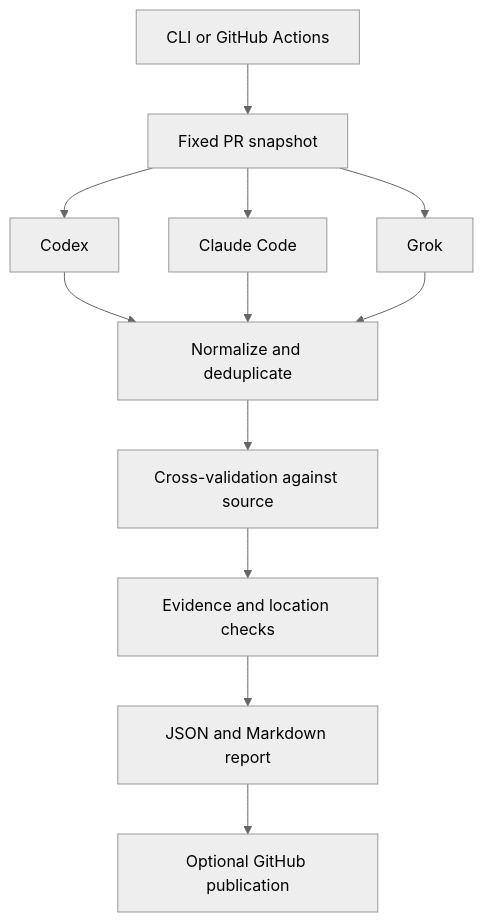
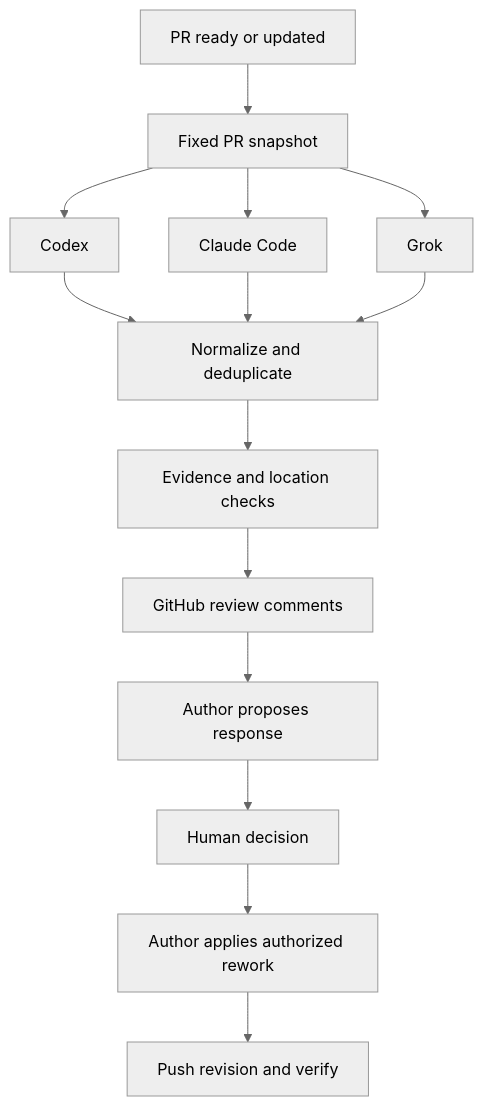
One commit to phootako630/agent-pr-review changed the diagram in README.md. Above: the diagram before and after it, drawn with Mermaid (neutral theme). The commit also changed other lines of this file and 3 other files, not shown here.

Commit message:
docs: define hybrid review workflow with human decision checkpoint

````diff
--- a/README.md
+++ b/README.md
@@ -15,14 +16,16 @@
 ```mermaid
 flowchart TD
-    A[CLI or GitHub Actions] --> B[Fixed PR snapshot]
+    A[PR ready or updated] --> B[Fixed PR snapshot]
     B --> C[Codex]
     B --> D[Claude Code]
     B --> E[Grok]
     C --> F[Normalize and deduplicate]
     D --> F
     E --> F
-    F --> G[Cross-validation against source]
-    G --> H[Evidence and location checks]
-    H --> I[JSON and Markdown report]
-    I --> J[Optional GitHub publication]
+    F --> G[Evidence and location checks]
+    G --> H[GitHub review comments]
+    H --> I[Author proposes response]
+    I --> J[Human decision]
+    J --> K[Author applies authorized rework]
+    K --> L[Push revision and verify]
 ```
````
